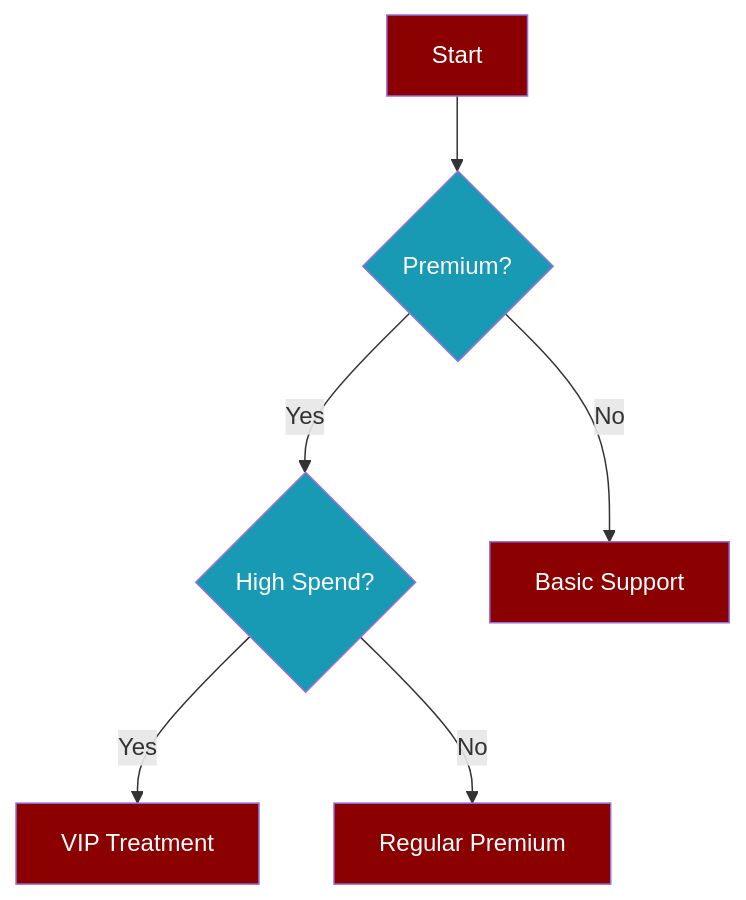
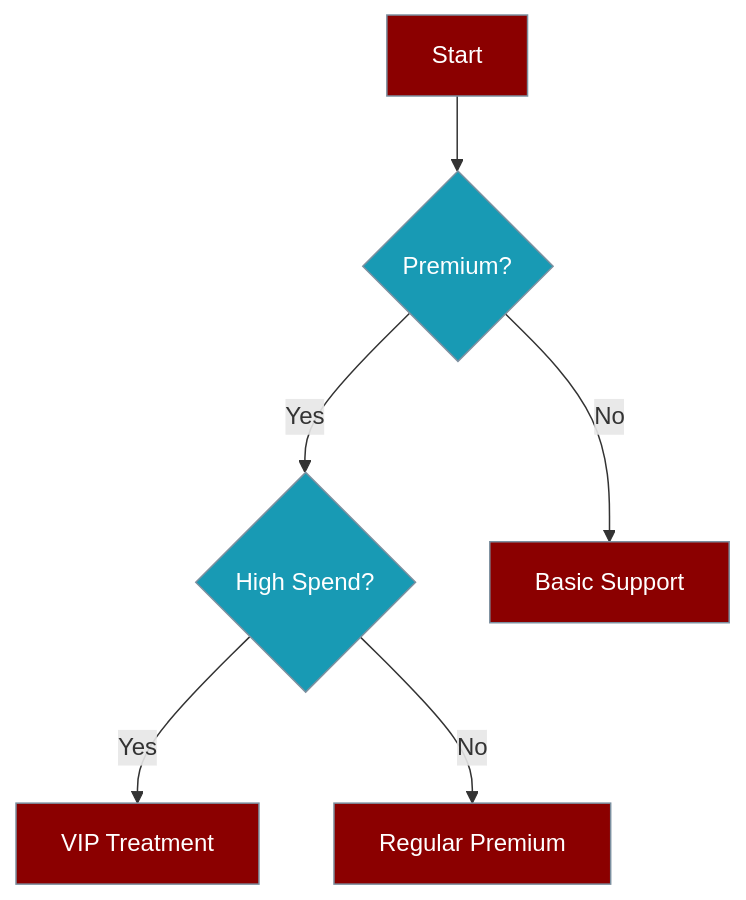
Before and after one commit to MervinPraison/PraisonAIDocs: the third of 3 diagrams in docs/features/conditional-branching.mdx, drawn with Mermaid. The commit also changed other lines of this file and 10 other files, not shown here.

First line of the commit message:
fix: align Mermaid classDef stroke and palette in batch-1 features

````diff
--- a/docs/features/conditional-branching.mdx
+++ b/docs/features/conditional-branching.mdx
@@ -311,15 +305,13 @@
 ```mermaid
 flowchart TD
     A[Start] --> B{Premium?}
     B -->|Yes| C{High Spend?}
     B -->|No| D[Basic Support]
     C -->|Yes| E[VIP Treatment]
     C -->|No| F[Regular Premium]
     
-    style A fill:#8B0000,color:#fff
-    style B fill:#189AB4,color:#fff
-    style C fill:#189AB4,color:#fff
-    style D fill:#8B0000,color:#fff
-    style E fill:#8B0000,color:#fff
-    style F fill:#8B0000,color:#fff
+    classDef agent fill:#8B0000,stroke:#7C90A0,color:#fff
+    classDef condition fill:#189AB4,stroke:#7C90A0,color:#fff
+    class A,D,E,F agent
+    class B,C condition
 ```
````
